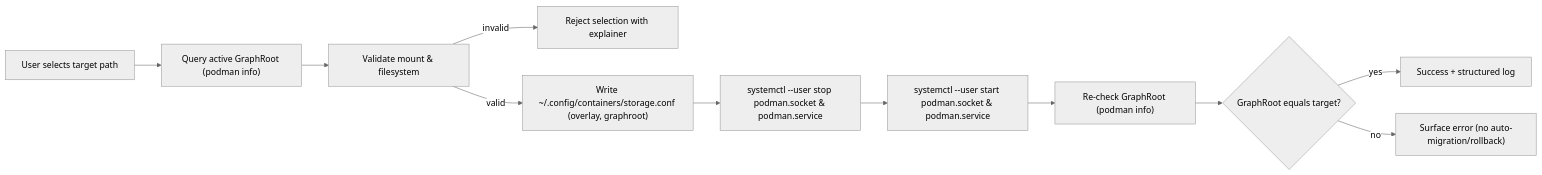
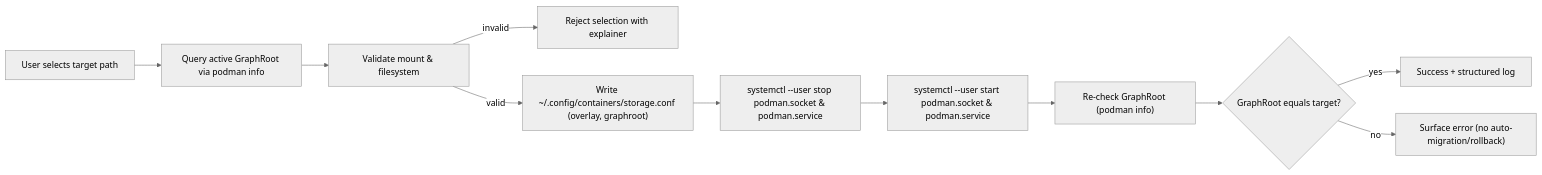
The fourth of 8 diagrams in ARCHITECTURE.md (Kubaguette/bazzite-architect), drawn with Mermaid (neutral theme) before and after one commit. The commit also changed other lines of this file, not shown here.

Commit message:
architecture.md updated with new chapter EnvShare

````diff
--- a/ARCHITECTURE.md
+++ b/ARCHITECTURE.md
@@ -325,13 +430,13 @@
 ```mermaid
 flowchart LR
-  A["User selects target path"] --> B["Query active GraphRoot (podman info)"]
+  A["User selects target path"] -->   B["Query active GraphRoot via podman info"]
   B --> C["Validate mount & filesystem"]
   C -->|invalid| K["Reject selection with explainer"]
   C -->|valid| D["Write ~/.config/containers/storage.conf (overlay, graphroot)"]
   D --> E["systemctl --user stop podman.socket & podman.service"]
   E --> F["systemctl --user start podman.socket & podman.service"]
   F --> G["Re-check GraphRoot (podman info)"]
   G --> H{"GraphRoot equals target?"}
   H -->|yes| I["Success + structured log"]
   H -->|no| J["Surface error (no auto-migration/rollback)"]
 ```
````
